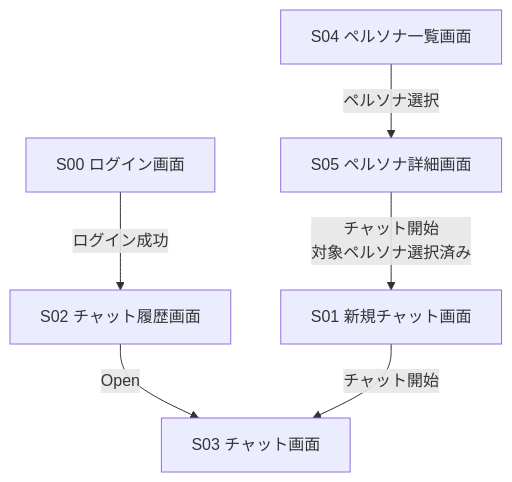
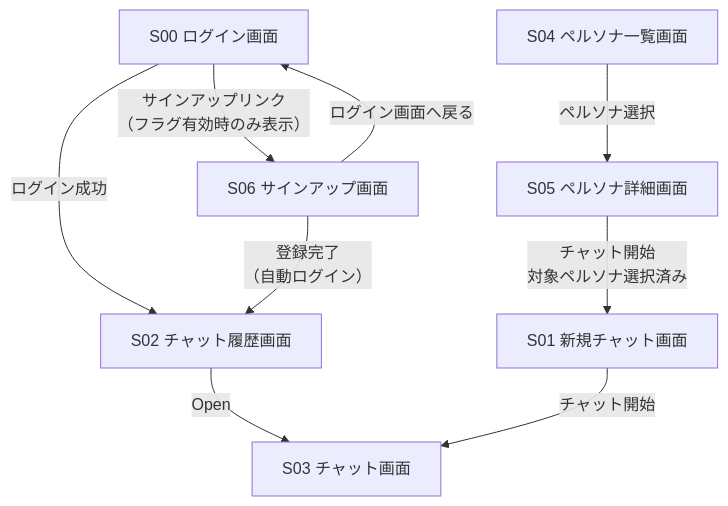
Before and after one commit to uk-lock/greate-persona-chat: the first of 4 diagrams in docs/screen-flow.md, drawn with Mermaid. The commit also changed 16 other files, not shown here.

````diff
--- a/docs/screen-flow.md
+++ b/docs/screen-flow.md
@@ -9,15 +9,19 @@
 ```mermaid
 flowchart TD
     S00["S00 ログイン画面"]
     S01["S01 新規チャット画面"]
     S02["S02 チャット履歴画面"]
     S03["S03 チャット画面"]
     S04["S04 ペルソナ一覧画面"]
     S05["S05 ペルソナ詳細画面"]
+    S06["S06 サインアップ画面"]
 
     S00 -->|ログイン成功| S02
+    S00 -->|サインアップリンク\n（フラグ有効時のみ表示）| S06
+    S06 -->|登録完了\n（自動ログイン）| S02
+    S06 -->|ログイン画面へ戻る| S00
     S02 -->|Open| S03
     S01 -->|チャット開始| S03
     S04 -->|ペルソナ選択| S05
     S05 -->|チャット開始\n対象ペルソナ選択済み| S01
 ```
````
